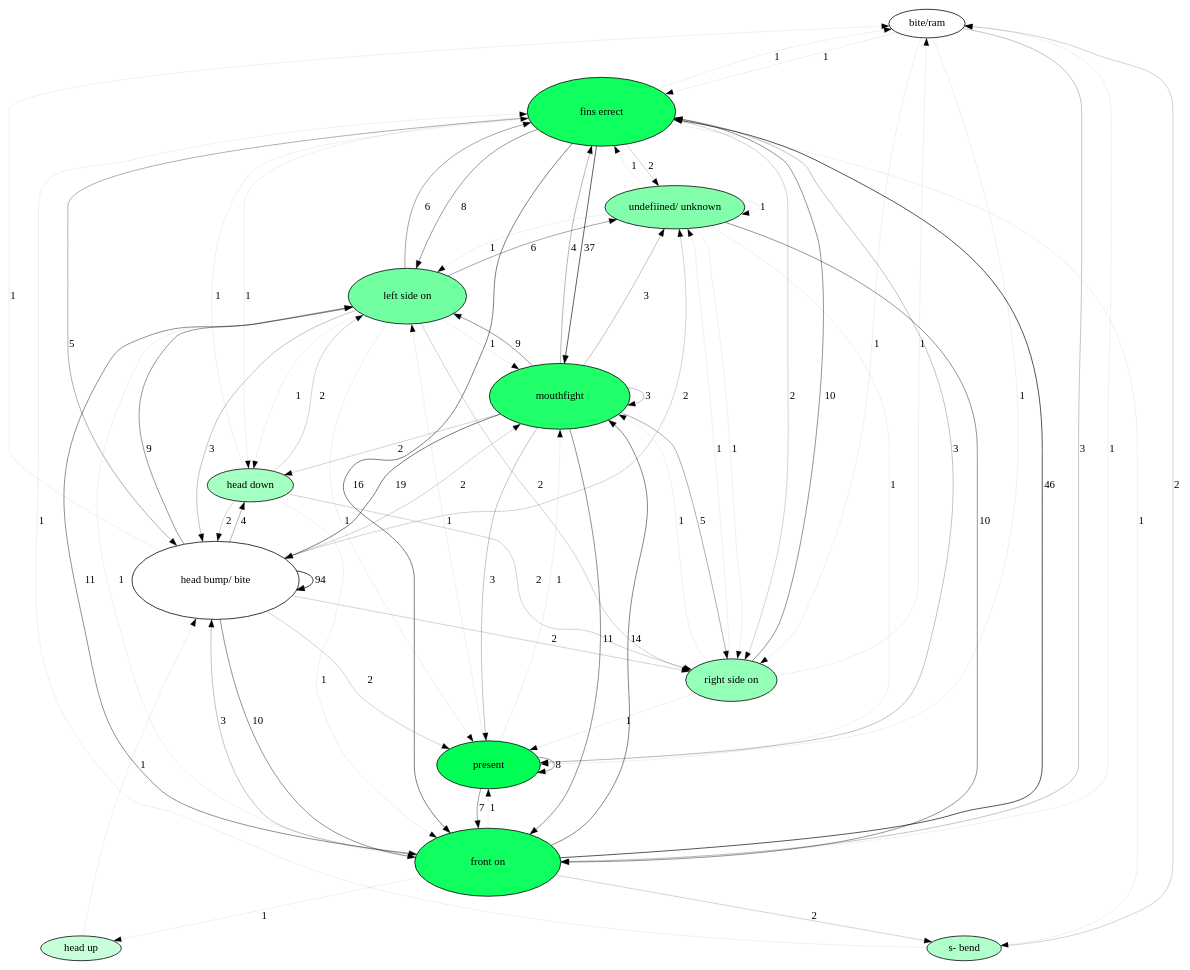
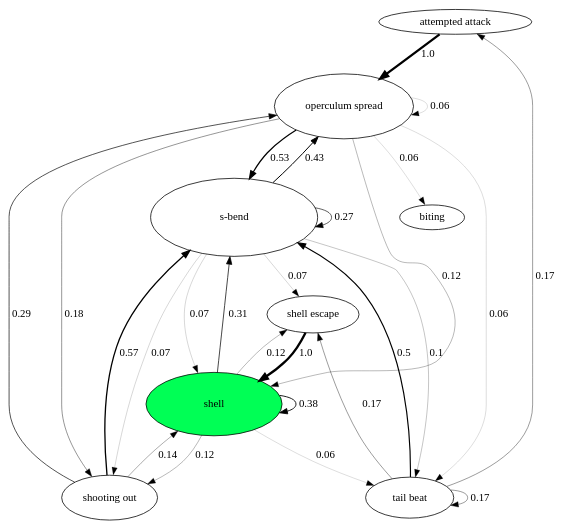
Before and after one commit to nicolkraus/AnalyzeBehavior: the diagram in images/transitions.gv, drawn with Graphviz. The commit also changed 10 other files, not shown here.

```diff
--- a/images/transitions.gv
+++ b/images/transitions.gv
@@ -1,85 +1,36 @@
 digraph  {
-"bite/ram" [fillcolor="0.3888888888888889 0.0 1", height="0.5186759798500812", style=filled, tooltip="1234 &#013; 234 &#013; 234", width="1.111448528250174"];
-"fins errect" [fillcolor="0.3888888888888889 0.940025621942613 1", height="1.2419960898007287", style=filled, tooltip="1234 &#013; 234 &#013; 234", width="2.661420192430133"];
-"front on" [fillcolor="0.3888888888888889 0.9337400281027853 1", height="1.2256831219693487", style=filled, tooltip="1234 &#013; 234 &#013; 234", width="2.626463832791462"];
-present [fillcolor="0.3888888888888889 1.0 1", height="0.8672003128988951", style=filled, tooltip="1234 &#013; 234 &#013; 234", width="1.8582863847833466"];
-"right side on" [fillcolor="0.3888888888888889 0.42172789864004817 1", height="0.7639505580000984", style=filled, tooltip="1234 &#013; 234 &#013; 234", width="1.637036910000211"];
-"head bump/ bite" [fillcolor="0.3888888888888889 0.0 1", height="1.4", style=filled, tooltip="1234 &#013; 234 &#013; 234", width="3.0"];
-"head down" [fillcolor="0.3888888888888889 0.3536820720810689 1", height="0.6019537765503913", style=filled, tooltip="1234 &#013; 234 &#013; 234", width="1.2899009497508385"];
-"left side on" [fillcolor="0.3888888888888889 0.5521694599988637 1", height="0.9940657262697981", style=filled, tooltip="1234 &#013; 234 &#013; 234", width="2.13014084200671"];
-mouthfight [fillcolor="0.3888888888888889 0.8697710655231307 1", height="1.1803597332204234", style=filled, tooltip="1234 &#013; 234 &#013; 234", width="2.529342285472336"];
-"s- bend" [fillcolor="0.3888888888888889 0.3079567154686432 1", height="0.31802472099995077", style=filled, tooltip="1234 &#013; 234 &#013; 234", width="0.6814815449998946"];
-"undefiined/ unknown" [fillcolor="0.3888888888888889 0.48446822251251115 1", height="0.7839225161985851", style=filled, tooltip="1234 &#013; 234 &#013; 234", width="1.6798339632826824"];
-"head up" [fillcolor="0.3888888888888889 0.21962572754284745 1", height="0.0", style=filled, tooltip="1234 &#013; 234 &#013; 234", width="0.0"];
-"bite/ram" -> "fins errect"  [label=1, penwidth="0.09090909090909091"];
-"bite/ram" -> "front on"  [label=3, penwidth="0.3107359989365573"];
-"bite/ram" -> present  [label=1, penwidth="0.09090909090909091"];
-"bite/ram" -> "right side on"  [label=1, penwidth="0.09090909090909091"];
-"fins errect" -> "bite/ram"  [label=1, penwidth="0.09090909090909091"];
-"fins errect" -> "front on"  [label=16, penwidth="0.64569043854967"];
-"fins errect" -> "head bump/ bite"  [label=5, penwidth="0.41294969031062434"];
-"fins errect" -> "head down"  [label=1, penwidth="0.09090909090909091"];
-"fins errect" -> "left side on"  [label=8, penwidth="0.5069951016395252"];
-"fins errect" -> mouthfight  [label=37, penwidth="0.8134359805726857"];
-"fins errect" -> "right side on"  [label=2, penwidth="0.2296044278192357"];
-"fins errect" -> "s- bend"  [label=1, penwidth="0.09090909090909091"];
-"fins errect" -> "undefiined/ unknown"  [label=2, penwidth="0.2296044278192357"];
-"front on" -> "bite/ram"  [label=1, penwidth="0.09090909090909091"];
-"front on" -> "fins errect"  [label=46, penwidth="0.8570013773484767"];
-"front on" -> "head bump/ bite"  [label=3, penwidth="0.3107359989365573"];
-"front on" -> "head up"  [label=1, penwidth="0.09090909090909091"];
-"front on" -> "left side on"  [label=1, penwidth="0.09090909090909091"];
-"front on" -> mouthfight  [label=14, penwidth="0.6189714645603683"];
-"front on" -> present  [label=1, penwidth="0.09090909090909091"];
-"front on" -> "s- bend"  [label=2, penwidth="0.2296044278192357"];
-present -> "fins errect"  [label=3, penwidth="0.3107359989365573"];
-present -> "front on"  [label=7, penwidth="0.4802761276502236"];
-present -> "left side on"  [label=1, penwidth="0.09090909090909091"];
-present -> mouthfight  [label=1, penwidth="0.09090909090909091"];
-present -> present  [label=8, penwidth="0.5069951016395252"];
-"right side on" -> "bite/ram"  [label=1, penwidth="0.09090909090909091"];
-"right side on" -> "fins errect"  [label=10, penwidth="0.5516450272207691"];
-"right side on" -> mouthfight  [label=1, penwidth="0.09090909090909091"];
-"right side on" -> present  [label=1, penwidth="0.09090909090909091"];
-"right side on" -> "undefiined/ unknown"  [label=1, penwidth="0.09090909090909091"];
-"head bump/ bite" -> "bite/ram"  [label=1, penwidth="0.09090909090909091"];
-"head bump/ bite" -> "front on"  [label=10, penwidth="0.5516450272207691"];
-"head bump/ bite" -> "head bump/ bite"  [label=94, penwidth="1.0"];
-"head bump/ bite" -> "head down"  [label=4, penwidth="0.36829976472938053"];
-"head bump/ bite" -> "left side on"  [label=9, penwidth="0.5305629069640238"];
-"head bump/ bite" -> mouthfight  [label=2, penwidth="0.2296044278192357"];
-"head bump/ bite" -> present  [label=2, penwidth="0.2296044278192357"];
-"head bump/ bite" -> "right side on"  [label=2, penwidth="0.2296044278192357"];
-"head bump/ bite" -> "undefiined/ unknown"  [label=2, penwidth="0.2296044278192357"];
-"head down" -> "fins errect"  [label=1, penwidth="0.09090909090909091"];
-"head down" -> "front on"  [label=1, penwidth="0.09090909090909091"];
-"head down" -> "head bump/ bite"  [label=2, penwidth="0.2296044278192357"];
-"head down" -> "left side on"  [label=2, penwidth="0.2296044278192357"];
-"head down" -> "right side on"  [label=2, penwidth="0.2296044278192357"];
-"left side on" -> "fins errect"  [label=6, penwidth="0.4494313358467021"];
-"left side on" -> "front on"  [label=11, penwidth="0.5707161247735983"];
-"left side on" -> "head bump/ bite"  [label=3, penwidth="0.3107359989365573"];
-"left side on" -> "head down"  [label=1, penwidth="0.09090909090909091"];
-"left side on" -> mouthfight  [label=1, penwidth="0.09090909090909091"];
-"left side on" -> present  [label=1, penwidth="0.09090909090909091"];
-"left side on" -> "right side on"  [label=2, penwidth="0.2296044278192357"];
-"left side on" -> "undefiined/ unknown"  [label=6, penwidth="0.4494313358467021"];
-mouthfight -> "fins errect"  [label=4, penwidth="0.36829976472938053"];
-mouthfight -> "front on"  [label=11, penwidth="0.5707161247735983"];
-mouthfight -> "head bump/ bite"  [label=19, penwidth="0.6800768285560226"];
-mouthfight -> "head down"  [label=2, penwidth="0.2296044278192357"];
-mouthfight -> "left side on"  [label=9, penwidth="0.5305629069640238"];
-mouthfight -> mouthfight  [label=3, penwidth="0.3107359989365573"];
-mouthfight -> present  [label=3, penwidth="0.3107359989365573"];
-mouthfight -> "right side on"  [label=5, penwidth="0.41294969031062434"];
-mouthfight -> "undefiined/ unknown"  [label=3, penwidth="0.3107359989365573"];
-"s- bend" -> "bite/ram"  [label=2, penwidth="0.2296044278192357"];
-"s- bend" -> "fins errect"  [label=1, penwidth="0.09090909090909091"];
-"undefiined/ unknown" -> "fins errect"  [label=1, penwidth="0.09090909090909091"];
-"undefiined/ unknown" -> "front on"  [label=10, penwidth="0.5516450272207691"];
-"undefiined/ unknown" -> "left side on"  [label=1, penwidth="0.09090909090909091"];
-"undefiined/ unknown" -> present  [label=1, penwidth="0.09090909090909091"];
-"undefiined/ unknown" -> "right side on"  [label=1, penwidth="0.09090909090909091"];
-"undefiined/ unknown" -> "undefiined/ unknown"  [label=1, penwidth="0.09090909090909091"];
-"head up" -> "head bump/ bite"  [label=1, penwidth="0.09090909090909091"];
+"attempted attack" [fillcolor="0.3888888888888889 0.0 1", height="0.0", style=filled, width="0.0"];
+"operculum spread" [fillcolor="0.3888888888888889 0.0 1", height="1.16620655509863", style=filled, width="2.4990140466399215"];
+biting [fillcolor="0.3888888888888889 0.0 1", height="0.0", style=filled, width="0.0"];
+"s-bend" [fillcolor="0.3888888888888889 0.0 1", height="1.4", style=filled, width="3.0"];
+shell [fillcolor="0.3888888888888889 1.0 1", height="1.1412522637068345", style=filled, width="2.445540565086074"];
+"shooting out" [fillcolor="0.3888888888888889 0.0 1", height="0.8009750399566912", style=filled, width="1.7163750856214812"];
+"tail beat" [fillcolor="0.3888888888888889 0.0 1", height="0.7375235763863248", style=filled, width="1.5804076636849818"];
+"shell escape" [fillcolor="0.3888888888888889 0.0 1", height="0.662476423613675", style=filled, width="1.4195923363150178"];
+"attempted attack" -> "operculum spread"  [label="1.0", penwidth="3.0"];
+"operculum spread" -> biting  [label="0.06", penwidth="0.18"];
+"operculum spread" -> "operculum spread"  [label="0.06", penwidth="0.18"];
+"operculum spread" -> "s-bend"  [label="0.53", penwidth="1.59"];
+"operculum spread" -> shell  [label="0.12", penwidth="0.36"];
+"operculum spread" -> "shooting out"  [label="0.18", penwidth="0.54"];
+"operculum spread" -> "tail beat"  [label="0.06", penwidth="0.18"];
+"s-bend" -> "operculum spread"  [label="0.43", penwidth="1.29"];
+"s-bend" -> "s-bend"  [label="0.27", penwidth="0.81"];
+"s-bend" -> shell  [label="0.07", penwidth="0.21000000000000002"];
+"s-bend" -> "shell escape"  [label="0.07", penwidth="0.21000000000000002"];
+"s-bend" -> "shooting out"  [label="0.07", penwidth="0.21000000000000002"];
+"s-bend" -> "tail beat"  [label="0.1", penwidth="0.30000000000000004"];
+shell -> "s-bend"  [label="0.31", penwidth="0.9299999999999999"];
+shell -> shell  [label="0.38", penwidth="1.1400000000000001"];
+shell -> "shell escape"  [label="0.12", penwidth="0.36"];
+shell -> "shooting out"  [label="0.12", penwidth="0.36"];
+shell -> "tail beat"  [label="0.06", penwidth="0.18"];
+"shooting out" -> "operculum spread"  [label="0.29", penwidth="0.8699999999999999"];
+"shooting out" -> "s-bend"  [label="0.57", penwidth="1.71"];
+"shooting out" -> shell  [label="0.14", penwidth="0.42000000000000004"];
+"tail beat" -> "attempted attack"  [label="0.17", penwidth="0.51"];
+"tail beat" -> "s-bend"  [label="0.5", penwidth="1.5"];
+"tail beat" -> "shell escape"  [label="0.17", penwidth="0.51"];
+"tail beat" -> "tail beat"  [label="0.17", penwidth="0.51"];
+"shell escape" -> shell  [label="1.0", penwidth="3.0"];
 }
```
